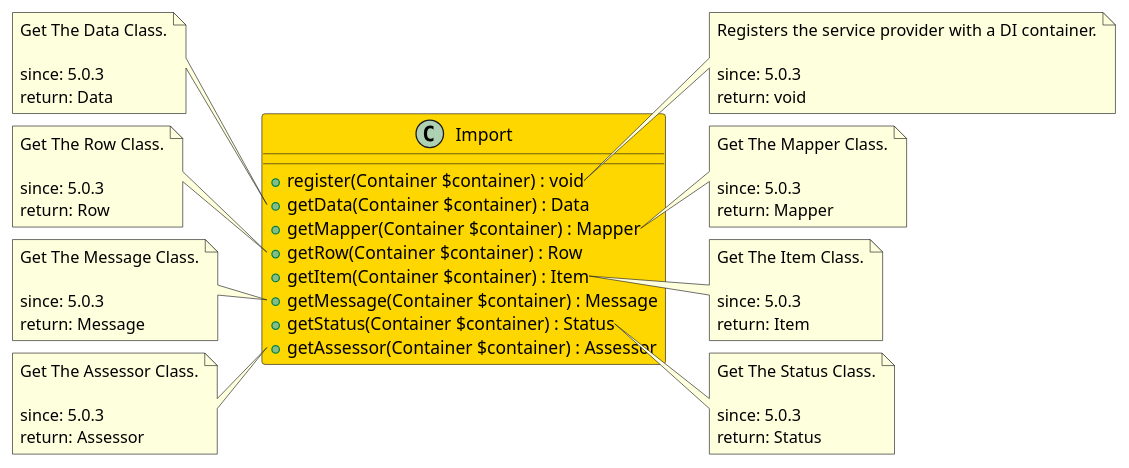
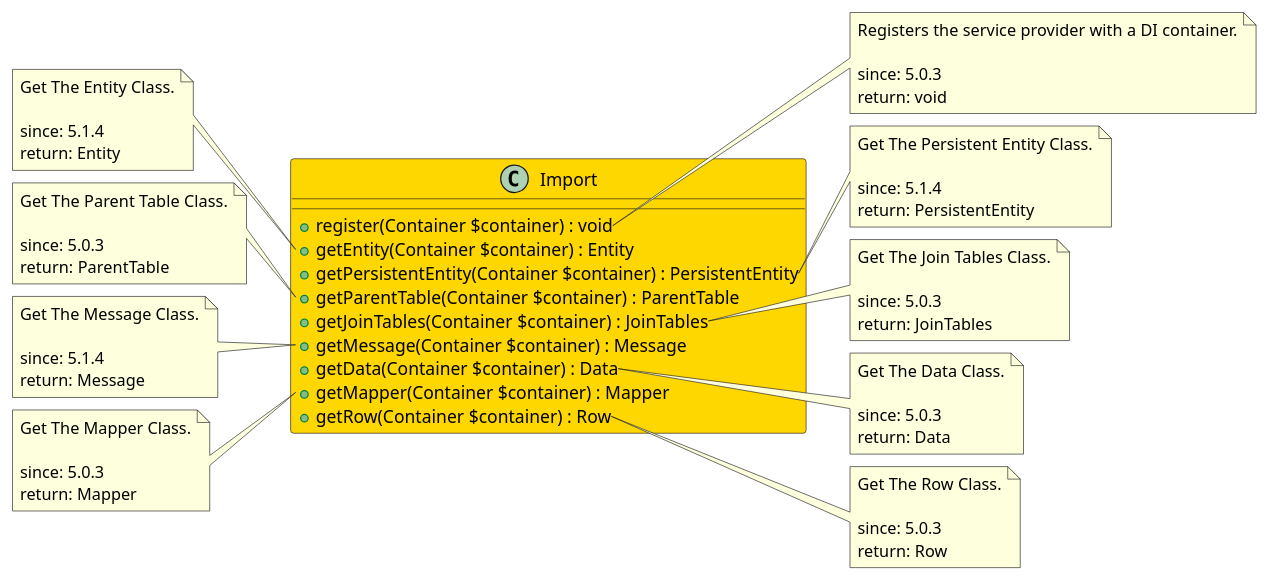
One commit to joomengine/super-powers changed the diagram in src/21754a8b-2323-4a77-8459-378a74c1ec97/README.md. Above: the diagram before and after it, drawn with PlantUML. The commit also changed other lines of this file and 115 other files, not shown here.

````diff
--- a/src/21754a8b-2323-4a77-8459-378a74c1ec97/README.md
+++ b/src/21754a8b-2323-4a77-8459-378a74c1ec97/README.md
@@ -5,72 +5,80 @@
 ```uml
 @startuml
 
 class Import  #Gold {
   + register(Container $container) : void
+  + getEntity(Container $container) : Entity
+  + getPersistentEntity(Container $container) : PersistentEntity
+  + getParentTable(Container $container) : ParentTable
+  + getJoinTables(Container $container) : JoinTables
+  + getMessage(Container $container) : Message
   + getData(Container $container) : Data
   + getMapper(Container $container) : Mapper
   + getRow(Container $container) : Row
-  + getItem(Container $container) : Item
-  + getMessage(Container $container) : Message
-  + getStatus(Container $container) : Status
-  + getAssessor(Container $container) : Assessor
 }
 
 note right of Import::register
   Registers the service provider with a DI container.
 
   since: 5.0.3
   return: void
 end note
 
-note left of Import::getData
+note left of Import::getEntity
+  Get The Entity Class.
+
+  since: 5.1.4
+  return: Entity
+end note
+
+note right of Import::getPersistentEntity
+  Get The Persistent Entity Class.
+
+  since: 5.1.4
+  return: PersistentEntity
+end note
+
+note left of Import::getParentTable
+  Get The Parent Table Class.
+
+  since: 5.0.3
+  return: ParentTable
+end note
+
+note right of Import::getJoinTables
+  Get The Join Tables Class.
+
+  since: 5.0.3
+  return: JoinTables
+end note
+
+note left of Import::getMessage
+  Get The Message Class.
+
+  since: 5.1.4
+  return: Message
+end note
+
+note right of Import::getData
   Get The Data Class.
 
   since: 5.0.3
   return: Data
 end note
 
-note right of Import::getMapper
+note left of Import::getMapper
   Get The Mapper Class.
 
   since: 5.0.3
   return: Mapper
 end note
 
-note left of Import::getRow
+note right of Import::getRow
   Get The Row Class.
 
   since: 5.0.3
   return: Row
 end note
 
-note right of Import::getItem
-  Get The Item Class.
-
-  since: 5.0.3
-  return: Item
-end note
-
-note left of Import::getMessage
-  Get The Message Class.
-
-  since: 5.0.3
-  return: Message
-end note
-
-note right of Import::getStatus
-  Get The Status Class.
-
-  since: 5.0.3
-  return: Status
-end note
-
-note left of Import::getAssessor
-  Get The Assessor Class.
-
-  since: 5.0.3
-  return: Assessor
-end note
-
 @enduml
 ```
````
